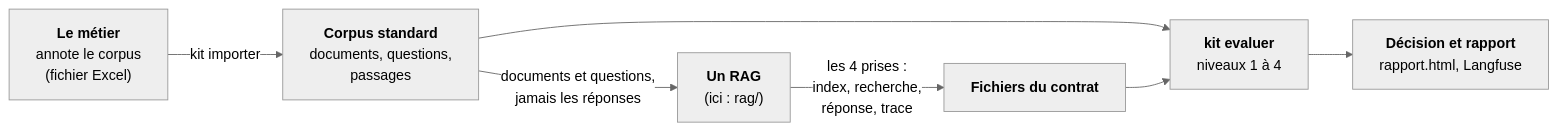
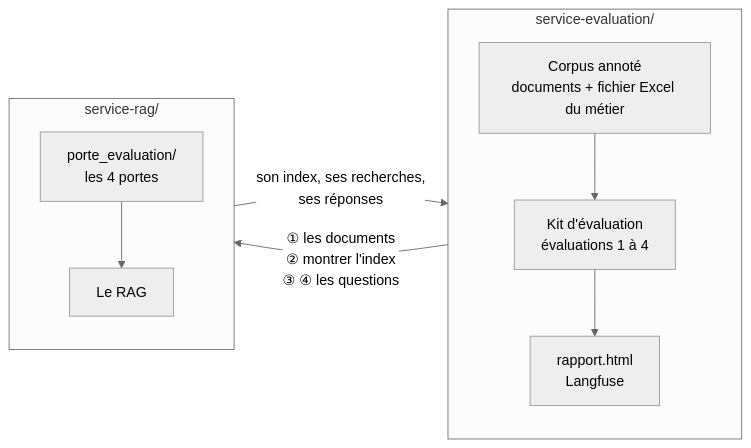
One commit to floSa/RAG-Evaluation changed the diagram in README.md. Above: the diagram before and after it, drawn with Mermaid (neutral theme). The commit also changed other lines of this file, not shown here.

Commit message:
README : les deux services, et le lancement en deux temps (le RAG, puis l'évaluation)

````diff
--- a/README.md
+++ b/README.md
@@ -11,9 +12,18 @@
 ```mermaid
 flowchart LR
-    M["<b>Le métier</b><br/>annote le corpus<br/>(fichier Excel)"] -->|"kit importer"| C["<b>Corpus standard</b><br/>documents, questions,<br/>passages"]
-    C -->|"documents et questions,<br/>jamais les réponses"| R["<b>Un RAG</b><br/>(ici : rag/)"]
-    R -->|"les 4 prises :<br/>index, recherche,<br/>réponse, trace"| F["<b>Fichiers du contrat</b>"]
-    C --> K["<b>kit evaluer</b><br/>niveaux 1 à 4"]
-    F --> K
-    K --> D["<b>Décision et rapport</b><br/>rapport.html, Langfuse"]
+    subgraph E["service-evaluation/"]
+        direction TB
+        C["Corpus annoté<br/>documents + fichier Excel du métier"]
+        K["Kit d'évaluation<br/>évaluations 1 à 4"]
+        D["rapport.html<br/>Langfuse"]
+        C --> K --> D
+    end
+    subgraph R["service-rag/"]
+        direction TB
+        P["porte_evaluation/<br/>les 4 portes"]
+        X["Le RAG"]
+        P --> X
+    end
+    K -- "① les documents<br/>② montrer l'index<br/>③ ④ les questions" --> P
+    P -- "son index, ses recherches,<br/>ses réponses" --> K
 ```
````
